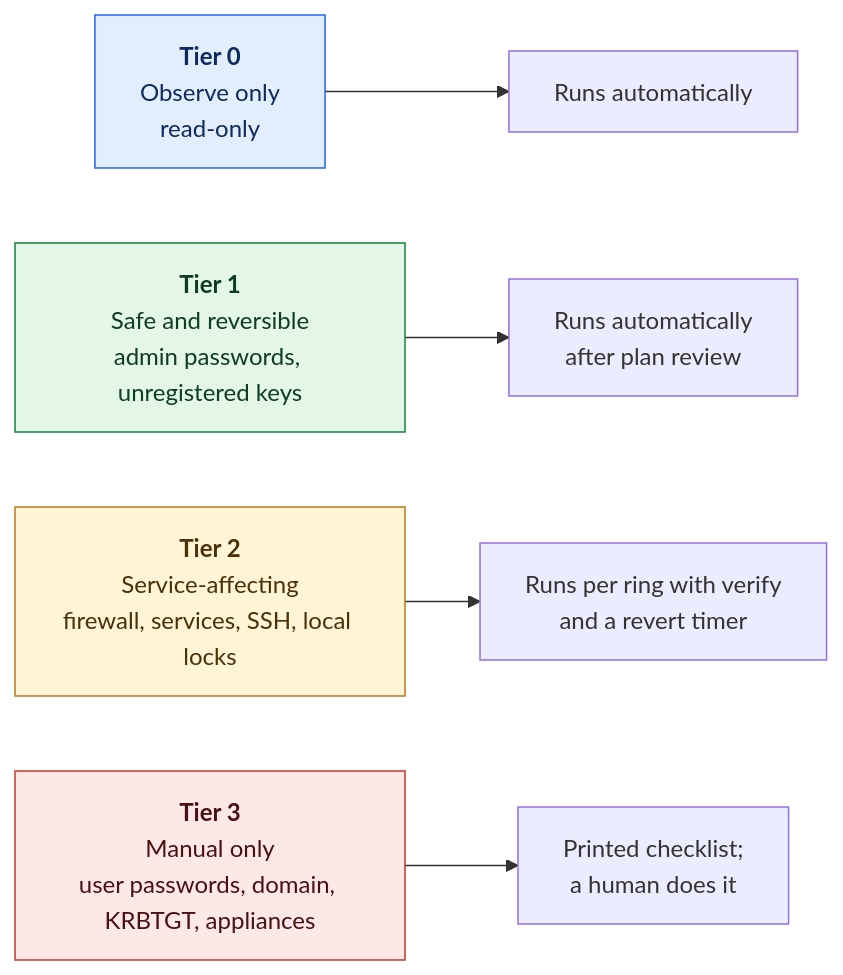
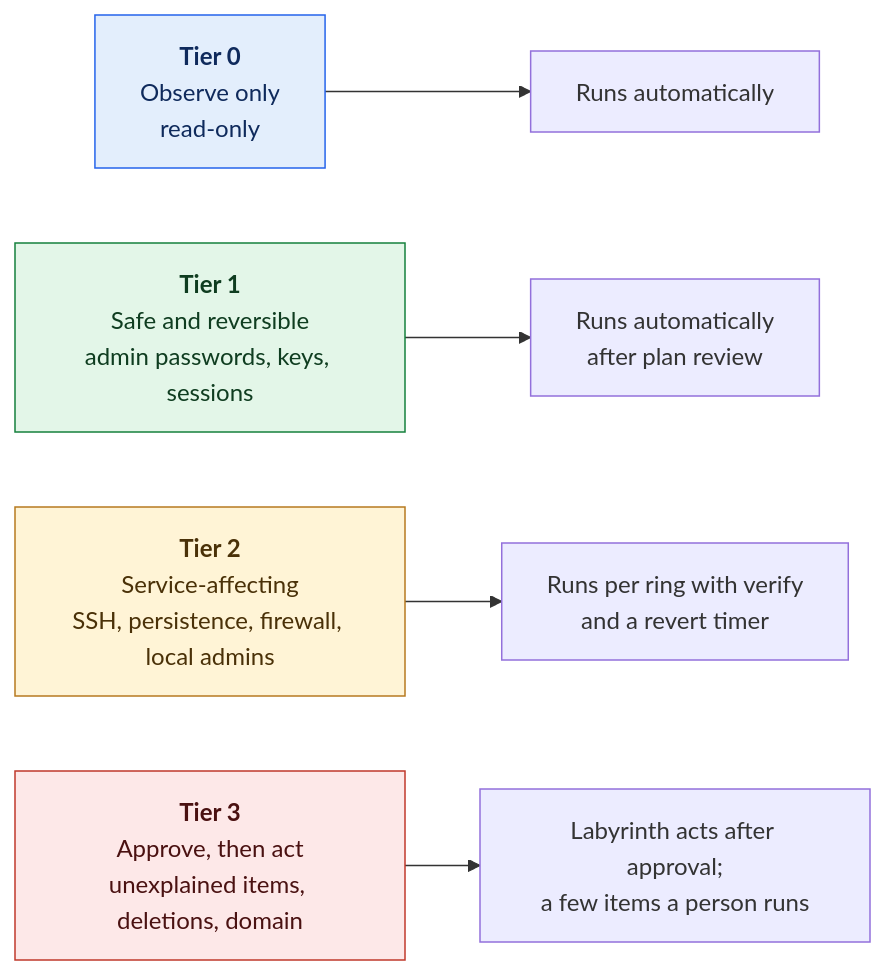
Before and after one commit to dotnetdork/Labyrinth: the first of 2 diagrams in docs/design/01-Lockout-Panic-Button.md, drawn with Mermaid. The commit also changed other lines of this file and 14 other files, not shown here.

````diff
--- a/docs/design/01-Lockout-Panic-Button.md
+++ b/docs/design/01-Lockout-Panic-Button.md
@@ -54,15 +57,15 @@
 ```mermaid
 flowchart LR
     T0["<b>Tier 0</b><br/>Observe only<br/>read-only"] --> R0["Runs automatically"]
-    T1["<b>Tier 1</b><br/>Safe and reversible<br/>admin passwords, unregistered keys"] --> R1["Runs automatically<br/>after plan review"]
-    T2["<b>Tier 2</b><br/>Service-affecting<br/>firewall, services, SSH, local locks"] --> R2["Runs per ring with verify<br/>and a revert timer"]
-    T3["<b>Tier 3</b><br/>Manual only<br/>user passwords, domain, KRBTGT, appliances"] --> R3["Printed checklist;<br/>a human does it"]
+    T1["<b>Tier 1</b><br/>Safe and reversible<br/>admin passwords, keys, sessions"] --> R1["Runs automatically<br/>after plan review"]
+    T2["<b>Tier 2</b><br/>Service-affecting<br/>SSH, persistence, firewall, local admins"] --> R2["Runs per ring with verify<br/>and a revert timer"]
+    T3["<b>Tier 3</b><br/>Approve, then act<br/>unexplained items, deletions, domain"] --> R3["Labyrinth acts after approval;<br/>a few items a person runs"]
     classDef observe fill:#e3eefc,stroke:#2563eb,color:#0f2a5c
     classDef ok fill:#e3f6e8,stroke:#15803d,color:#0f3d20
     classDef human fill:#fff4d6,stroke:#b7791f,color:#4a3108
     classDef lockout fill:#fde8e8,stroke:#c0392b,color:#4a1111
     class T0 observe
     class T1 ok
     class T2 human
     class T3 lockout
 ```
````
